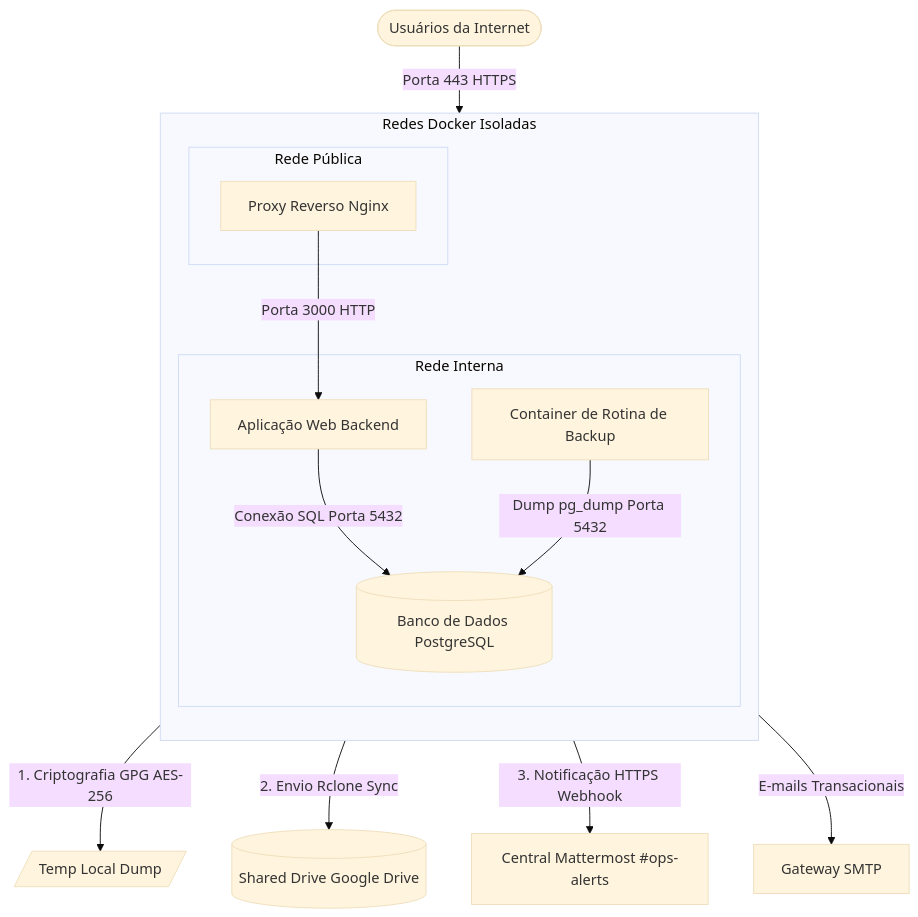
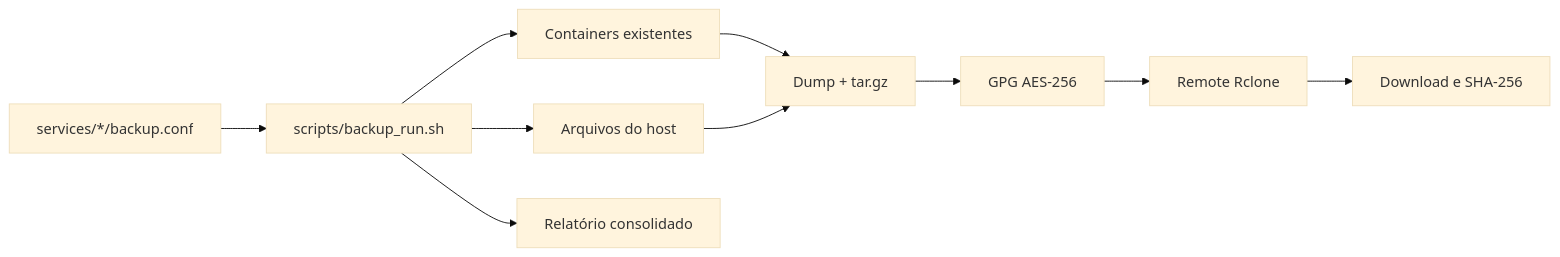
The diagram in README.md (dxcdc/BKP-Rclone), drawn with Mermaid (base theme) before and after one commit. The commit also changed other lines of this file and 54 other files, not shown here.

````diff
--- a/README.md
+++ b/README.md
@@ -17,27 +7,12 @@
 ```mermaid
-flowchart TD
-    subgraph Redes Docker Isoladas
-        direction TB
-        subgraph public_net [Rede Pública]
-            nginx[Proxy Reverso Nginx]
-        end
-        
-        subgraph internal_net [Rede Interna]
-            app[Aplicação Web Backend]
-            db[(Banco de Dados PostgreSQL)]
-            cron[Container de Rotina de Backup]
-        end
-    end
-
-    %% Relações e Fluxos
-    Usuarios([Usuários da Internet]) -- Porta 443 HTTPS --> nginx
-    nginx -- Porta 3000 HTTP --> app
-    app -- Conexão SQL Porta 5432 --> db
-    cron -- Dump pg_dump Porta 5432 --> db
-
-    %% Segurança e Armazenamento
-    cron -- 1. Criptografia GPG AES-256 --> LocalTemp[/Temp Local Dump/]
-    cron -- 2. Envio Rclone Sync --> GDrive[(Shared Drive Google Drive)]
-    cron -- 3. Notificação HTTPS Webhook --> Mattermost[Central Mattermost #ops-alerts]
-    app -- E-mails Transacionais --> SMTP[Gateway SMTP]
+flowchart LR
+    Git[services/*/backup.conf] --> Script[scripts/backup_run.sh]
+    Script --> Docker[Containers existentes]
+    Script --> Files[Arquivos do host]
+    Docker --> Archive[Dump + tar.gz]
+    Files --> Archive
+    Archive --> GPG[GPG AES-256]
+    GPG --> Drive[Remote Rclone]
+    Drive --> Verify[Download e SHA-256]
+    Script --> Mattermost[Relatório consolidado]
 ```
````
